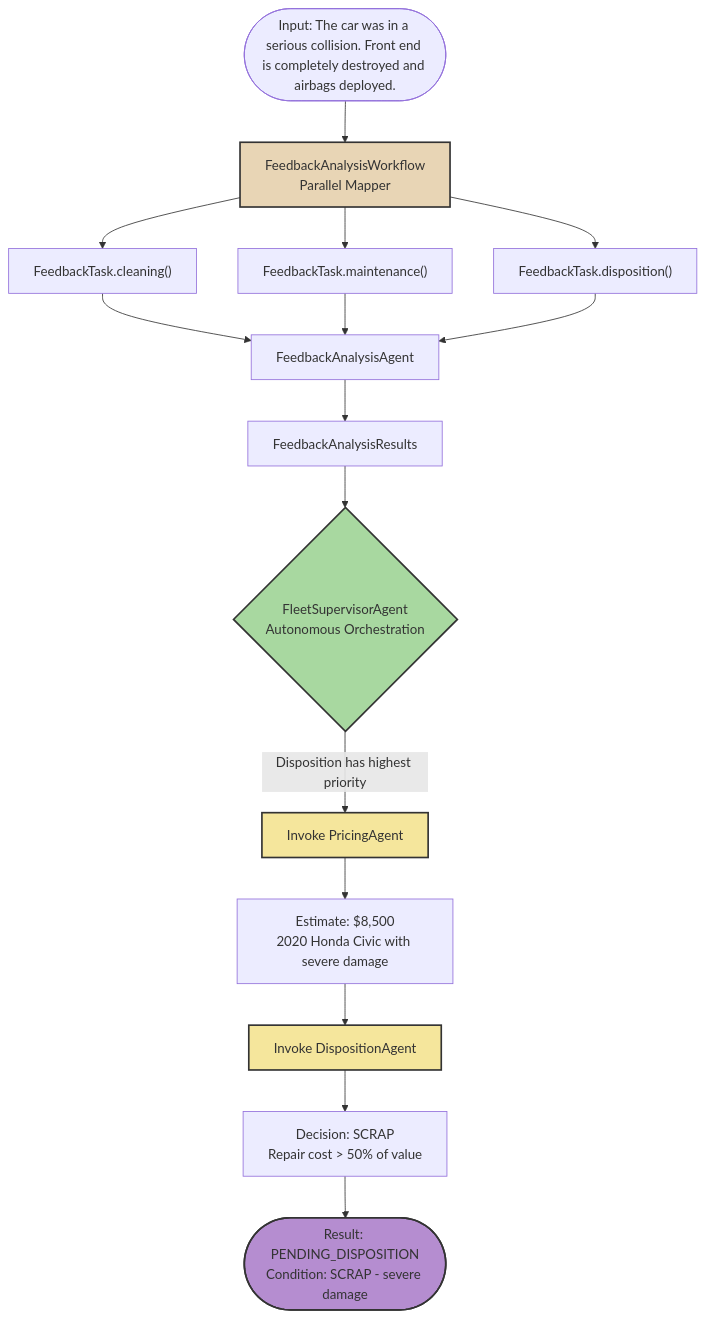
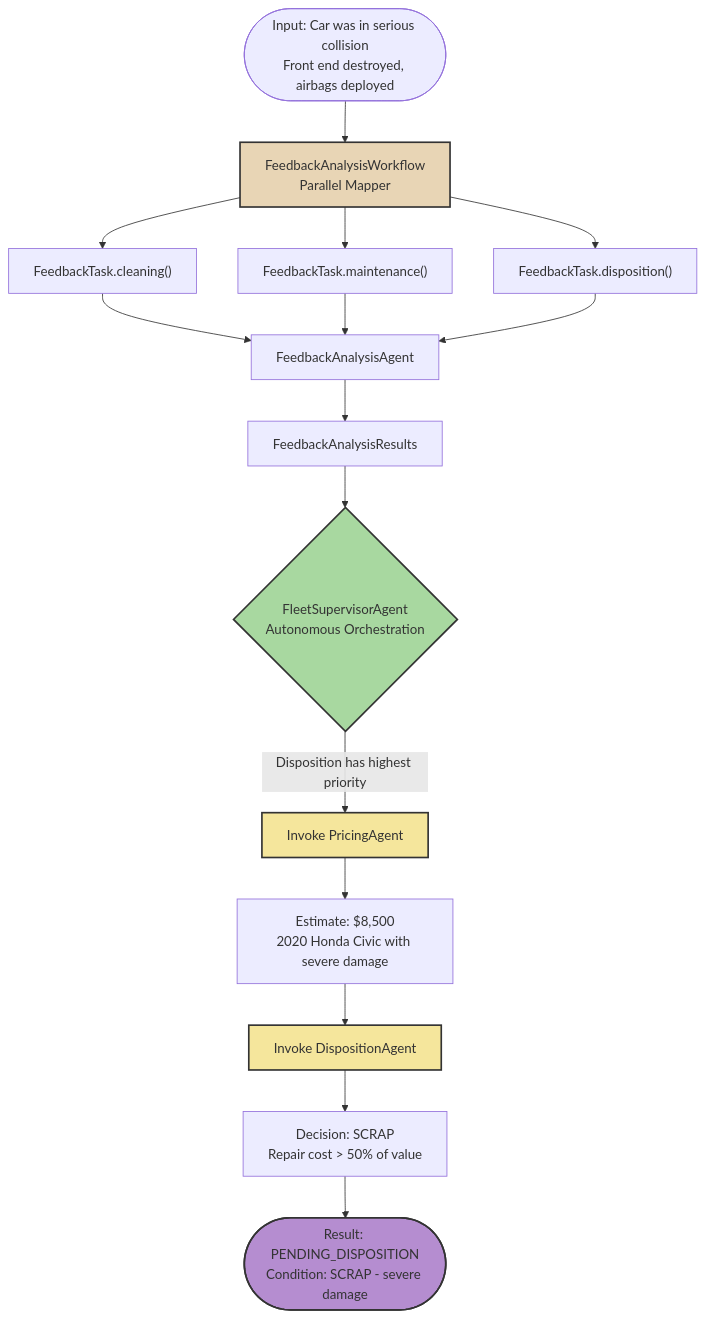
One commit to quarkusio/quarkus-workshop-langchain4j changed the second of 5 diagrams in docs/docs/section-2/step-04.md. Above: the diagram before and after it, drawn with Mermaid. The commit also changed other lines of this file and 2 other files, not shown here.

Commit message:
minor tweaks

````diff
--- a/docs/docs/section-2/step-04.md
+++ b/docs/docs/section-2/step-04.md
@@ -523,26 +523,26 @@
 ```mermaid
 flowchart TD
-    Start(["Input: The car was in a serious collision. Front end is completely destroyed and airbags deployed."])
+    Start(["Input: Car was in serious collision<br/>Front end destroyed, airbags deployed"])
 
     Start --> FW["FeedbackAnalysisWorkflow<br/>Parallel Mapper"]
     FW --> T1["FeedbackTask.cleaning()"]
     FW --> T2["FeedbackTask.maintenance()"]
     FW --> T3["FeedbackTask.disposition()"]
     T1 --> A1["FeedbackAnalysisAgent"]
     T2 --> A1
     T3 --> A1
     A1 --> Results["FeedbackAnalysisResults"]
 
     Results --> FSA{"FleetSupervisorAgent<br/>Autonomous Orchestration"}
     FSA -->|"Disposition has highest priority"| PA["Invoke PricingAgent"]
     PA --> PV["Estimate: $8,500<br/>2020 Honda Civic with severe damage"]
     PV --> DA["Invoke DispositionAgent"]
     DA --> DD["Decision: SCRAP<br/>Repair cost > 50% of value"]
     DD --> Result(["Result: PENDING_DISPOSITION<br/>Condition: SCRAP - severe damage"])
 
     style FW fill:#e8d5b5,stroke:#333,stroke-width:2,color:#333
     style FSA fill:#a8d8a0,stroke:#333,stroke-width:2,color:#333
     style PA fill:#f5e69c,stroke:#333,stroke-width:2,color:#333
     style DA fill:#f5e69c,stroke:#333,stroke-width:2,color:#333
     style Result fill:#b58dd0,stroke:#333,stroke-width:2,color:#333
 ```
````
